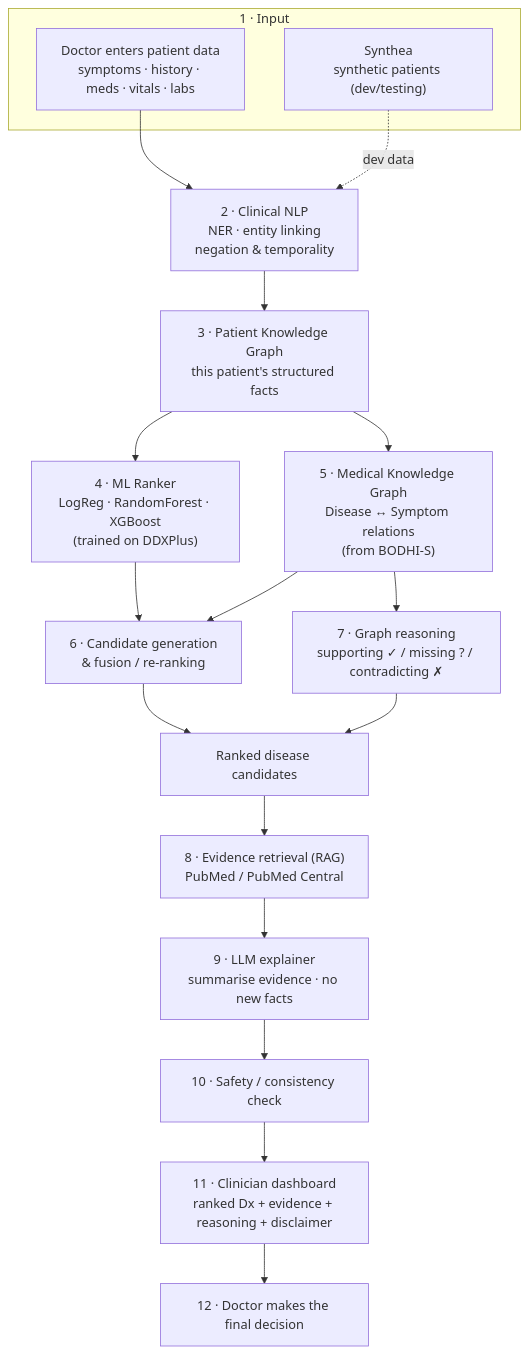
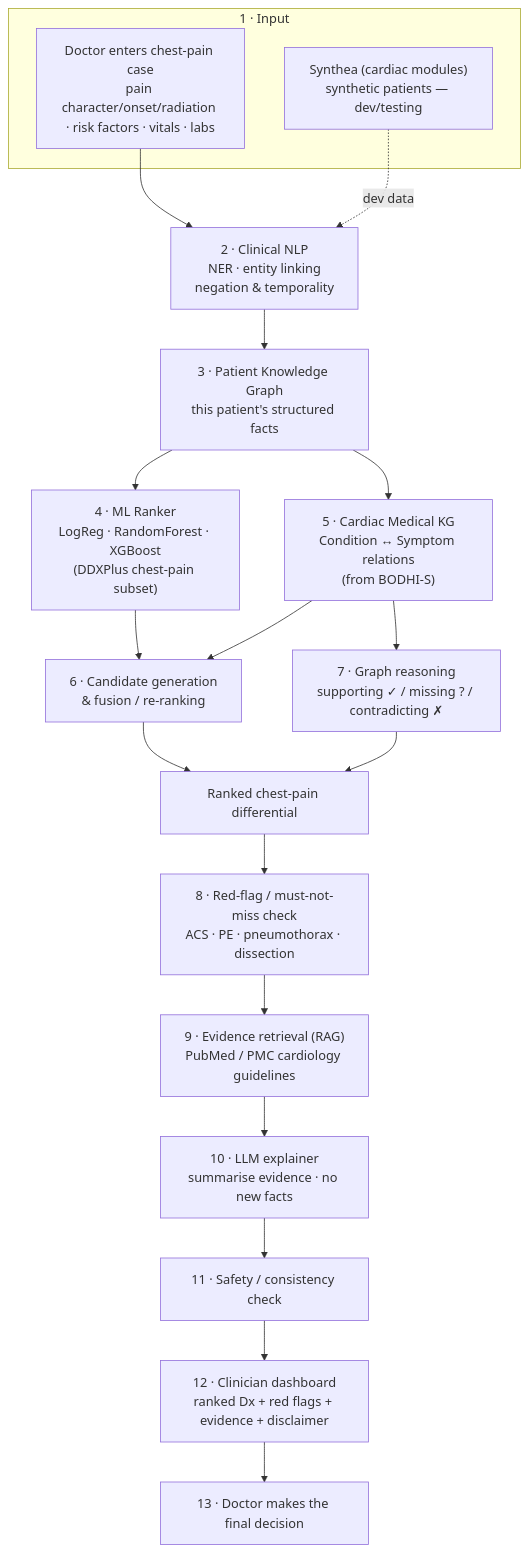
The first of 4 diagrams in README.md (HarshRohila02/nightingale), drawn with Mermaid before and after one commit. The commit also changed other lines of this file, not shown here.

First line of the commit message:
Rename to Nightingale and lock scope to acute chest pain

````diff
--- a/README.md
+++ b/README.md
@@ -60,28 +89,29 @@
 ```mermaid
 flowchart TD
     subgraph INPUT["1 · Input"]
-        A["Doctor enters patient data<br/>symptoms · history · meds · vitals · labs"]
-        SYN["Synthea<br/>synthetic patients (dev/testing)"]
+        A["Doctor enters chest-pain case<br/>pain character/onset/radiation · risk factors · vitals · labs"]
+        SYN["Synthea (cardiac modules)<br/>synthetic patients — dev/testing"]
     end
 
     A --> NLP["2 · Clinical NLP<br/>NER · entity linking<br/>negation & temporality"]
     SYN -.dev data.-> NLP
 
     NLP --> PKG["3 · Patient Knowledge Graph<br/>this patient's structured facts"]
 
-    PKG --> ML["4 · ML Ranker<br/>LogReg · RandomForest · XGBoost<br/>(trained on DDXPlus)"]
-    PKG --> MKG["5 · Medical Knowledge Graph<br/>Disease ↔ Symptom relations<br/>(from BODHI-S)"]
+    PKG --> ML["4 · ML Ranker<br/>LogReg · RandomForest · XGBoost<br/>(DDXPlus chest-pain subset)"]
+    PKG --> MKG["5 · Cardiac Medical KG<br/>Condition ↔ Symptom relations<br/>(from BODHI-S)"]
 
     ML --> FUSE["6 · Candidate generation<br/>& fusion / re-ranking"]
     MKG --> FUSE
     MKG --> REASON["7 · Graph reasoning<br/>supporting ✓ / missing ? / contradicting ✗"]
 
-    FUSE --> CAND["Ranked disease candidates"]
+    FUSE --> CAND["Ranked chest-pain differential"]
     REASON --> CAND
 
-    CAND --> RAG["8 · Evidence retrieval (RAG)<br/>PubMed / PubMed Central"]
-    RAG --> LLM["9 · LLM explainer<br/>summarise evidence · no new facts"]
-    LLM --> SAFE["10 · Safety / consistency check"]
-    SAFE --> DASH["11 · Clinician dashboard<br/>ranked Dx + evidence + reasoning + disclaimer"]
-    DASH --> DOC["12 · Doctor makes the final decision"]
+    CAND --> REDFLAG["8 · Red-flag / must-not-miss check<br/>ACS · PE · pneumothorax · dissection"]
+    REDFLAG --> RAG["9 · Evidence retrieval (RAG)<br/>PubMed / PMC cardiology guidelines"]
+    RAG --> LLM["10 · LLM explainer<br/>summarise evidence · no new facts"]
+    LLM --> SAFE["11 · Safety / consistency check"]
+    SAFE --> DASH["12 · Clinician dashboard<br/>ranked Dx + red flags + evidence + disclaimer"]
+    DASH --> DOC["13 · Doctor makes the final decision"]
 ```
````
